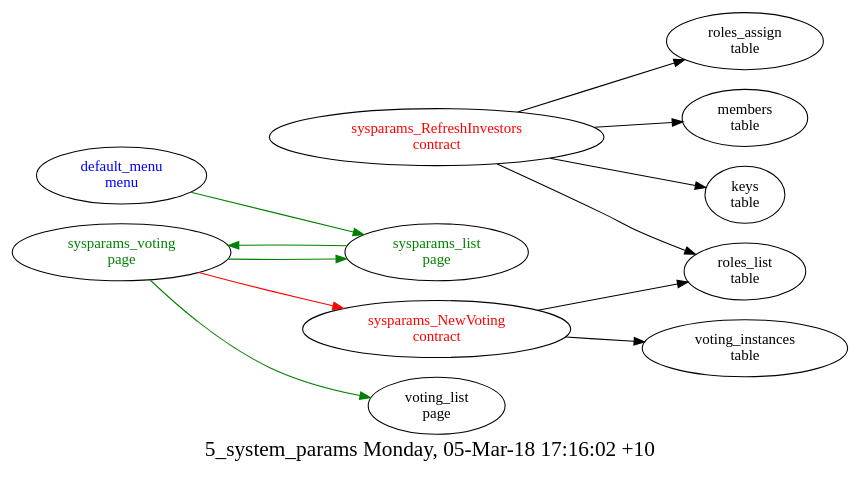
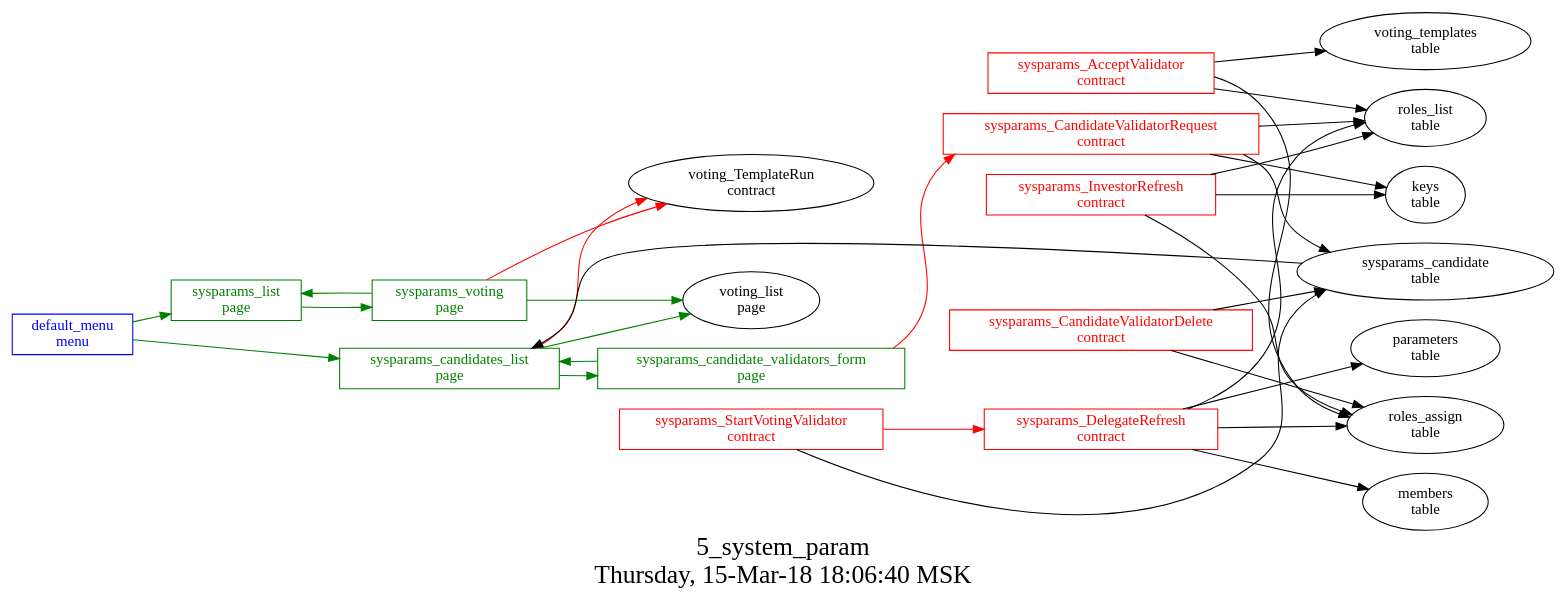
Before and after one commit to AplaProject/apps: the diagram in src/basic/basic_main/5_system_params/struct.dot, drawn with Graphviz. The commit also changed 29 other files, not shown here.

Commit message:
fix investors voting

```diff
--- a/src/basic/basic_main/5_system_params/struct.dot
+++ b/src/basic/basic_main/5_system_params/struct.dot
@@ -1,21 +1,51 @@
 digraph G {
-fontsize="20.0";
-label="5_system_params Monday, 05-Mar-18 17:16:02 +10";
-rankdir=LR;
-"sysparams_RefreshInvestors\ncontract" -> "roles_list\ntable"
-"sysparams_RefreshInvestors\ncontract" -> "roles_assign\ntable"
-"sysparams_RefreshInvestors\ncontract" -> "members\ntable"
-"sysparams_RefreshInvestors\ncontract" -> "keys\ntable"
-"sysparams_RefreshInvestors\ncontract" [fontcolor=red, group=contracts];
-"sysparams_NewVoting\ncontract" -> "voting_instances\ntable"
-"sysparams_NewVoting\ncontract" -> "roles_list\ntable"
-"sysparams_NewVoting\ncontract" [fontcolor=red, group=contracts];
+graph [
+  fontsize="24";
+  label="5_system_param\nThursday, 15-Mar-18 18:06:40 MSK";
+  nojustify=true;
+  ordering=out;
+  rankdir=LR;
+  size="30";
+];
 "default_menu\nmenu" -> "sysparams_list\npage"  [ color=green ]
-"default_menu\nmenu" [fontcolor=blue, group=menus];
+"default_menu\nmenu" -> "sysparams_candidates_list\npage"  [ color=green ]
+"default_menu\nmenu" [color=blue, fontcolor=blue, group=menus, shape=record];
+"sysparams_candidate_validators_form\npage" -> "sysparams_CandidateValidatorRequest\ncontract"  [ color=red ]
+"sysparams_candidate_validators_form\npage" -> "sysparams_candidates_list\npage"  [ color=green ]
+"sysparams_candidate_validators_form\npage" [color=green, fontcolor=green, group=pages, shape=record];
+"sysparams_candidates_list\npage" -> "voting_TemplateRun\ncontract"  [ color=red ]
+"sysparams_candidate\ntable" -> "sysparams_candidates_list\npage"  [ color="" ]
+"sysparams_candidates_list\npage" -> "voting_list\npage"  [ color=green ]
+"sysparams_candidates_list\npage" -> "sysparams_candidate_validators_form\npage"  [ color=green ]
+"sysparams_candidates_list\npage" [color=green, fontcolor=green, group=pages, shape=record];
 "sysparams_list\npage" -> "sysparams_voting\npage"  [ color=green ]
-"sysparams_list\npage" [fontcolor=green, group=pages];
-"sysparams_voting\npage" -> "sysparams_NewVoting\ncontract"  [ color=red ]
+"sysparams_list\npage" [color=green, fontcolor=green, group=pages, shape=record];
+"sysparams_voting\npage" -> "voting_TemplateRun\ncontract"  [ color=red ]
 "sysparams_voting\npage" -> "sysparams_list\npage"  [ color=green ]
 "sysparams_voting\npage" -> "voting_list\npage"  [ color=green ]
-"sysparams_voting\npage" [fontcolor=green, group=pages];
+"sysparams_voting\npage" [color=green, fontcolor=green, group=pages, shape=record];
+"sysparams_AcceptValidator\ncontract" -> "voting_templates\ntable"  [ color="" ]
+"sysparams_AcceptValidator\ncontract" -> "roles_list\ntable"  [ color="" ]
+"sysparams_AcceptValidator\ncontract" -> "roles_assign\ntable"  [ color="" ]
+"sysparams_AcceptValidator\ncontract" [color=red, fontcolor=red, group=contracts, shape=record];
+"sysparams_CandidateValidatorDelete\ncontract" -> "sysparams_candidate\ntable"  [ color="" ]
+"sysparams_CandidateValidatorDelete\ncontract" -> "roles_assign\ntable"  [ color="" ]
+"sysparams_CandidateValidatorDelete\ncontract" [color=red, fontcolor=red, group=contracts, shape=record];
+"sysparams_CandidateValidatorRequest\ncontract" -> "keys\ntable"  [ color="" ]
+"sysparams_CandidateValidatorRequest\ncontract" -> "roles_list\ntable"  [ color="" ]
+"sysparams_CandidateValidatorRequest\ncontract" -> "sysparams_candidate\ntable"  [ color="" ]
+"sysparams_CandidateValidatorRequest\ncontract" [color=red, fontcolor=red, group=contracts, shape=record];
+"sysparams_DelegateRefresh\ncontract" -> "roles_list\ntable"  [ color="" ]
+"sysparams_DelegateRefresh\ncontract" -> "parameters\ntable"  [ color="" ]
+"sysparams_DelegateRefresh\ncontract" -> "roles_assign\ntable"  [ color="" ]
+"sysparams_DelegateRefresh\ncontract" -> "members\ntable"  [ color="" ]
+"sysparams_DelegateRefresh\ncontract" [color=red, fontcolor=red, group=contracts, shape=record];
+"sysparams_InvestorRefresh\ncontract" -> "roles_list\ntable"  [ color="" ]
+"sysparams_InvestorRefresh\ncontract" -> "keys\ntable"  [ color="" ]
+"sysparams_InvestorRefresh\ncontract" -> "roles_assign\ntable"  [ color="" ]
+"sysparams_InvestorRefresh\ncontract" [color=red, fontcolor=red, group=contracts, shape=record];
+"sysparams_StartVotingValidator\ncontract" -> "sysparams_DelegateRefresh\ncontract"  [ color=red ]
+"sysparams_StartVotingValidator\ncontract" -> "sysparams_candidate\ntable"  [ color="" ]
+"sysparams_StartVotingValidator\ncontract" [color=red, fontcolor=red, group=contracts, shape=record];
+"sysparams_candidate\ntable" [color="", fontcolor="", group=tables, shape=""];
 }
```
